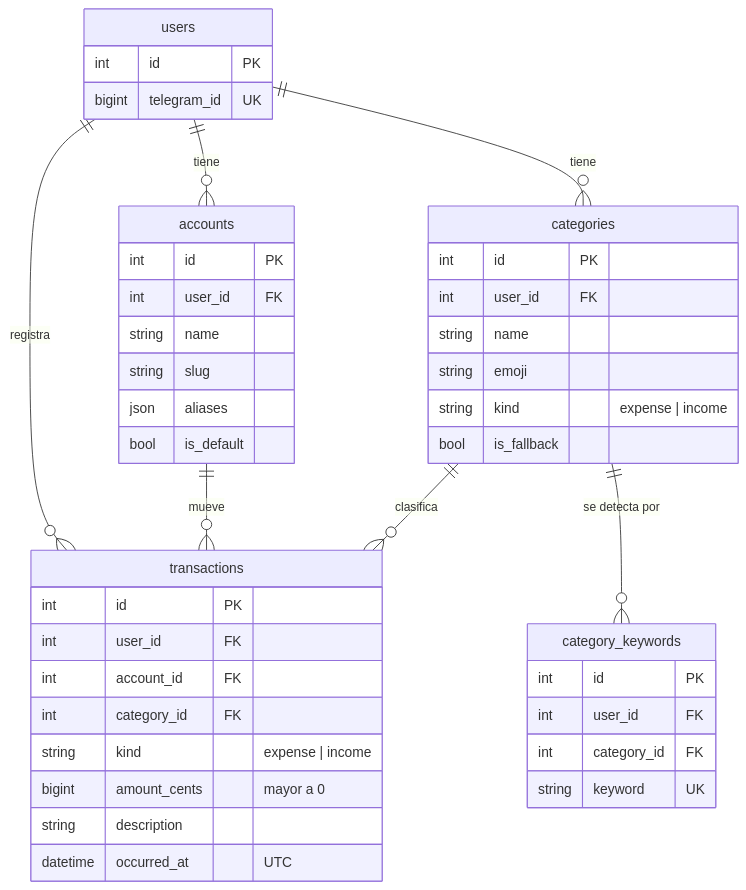
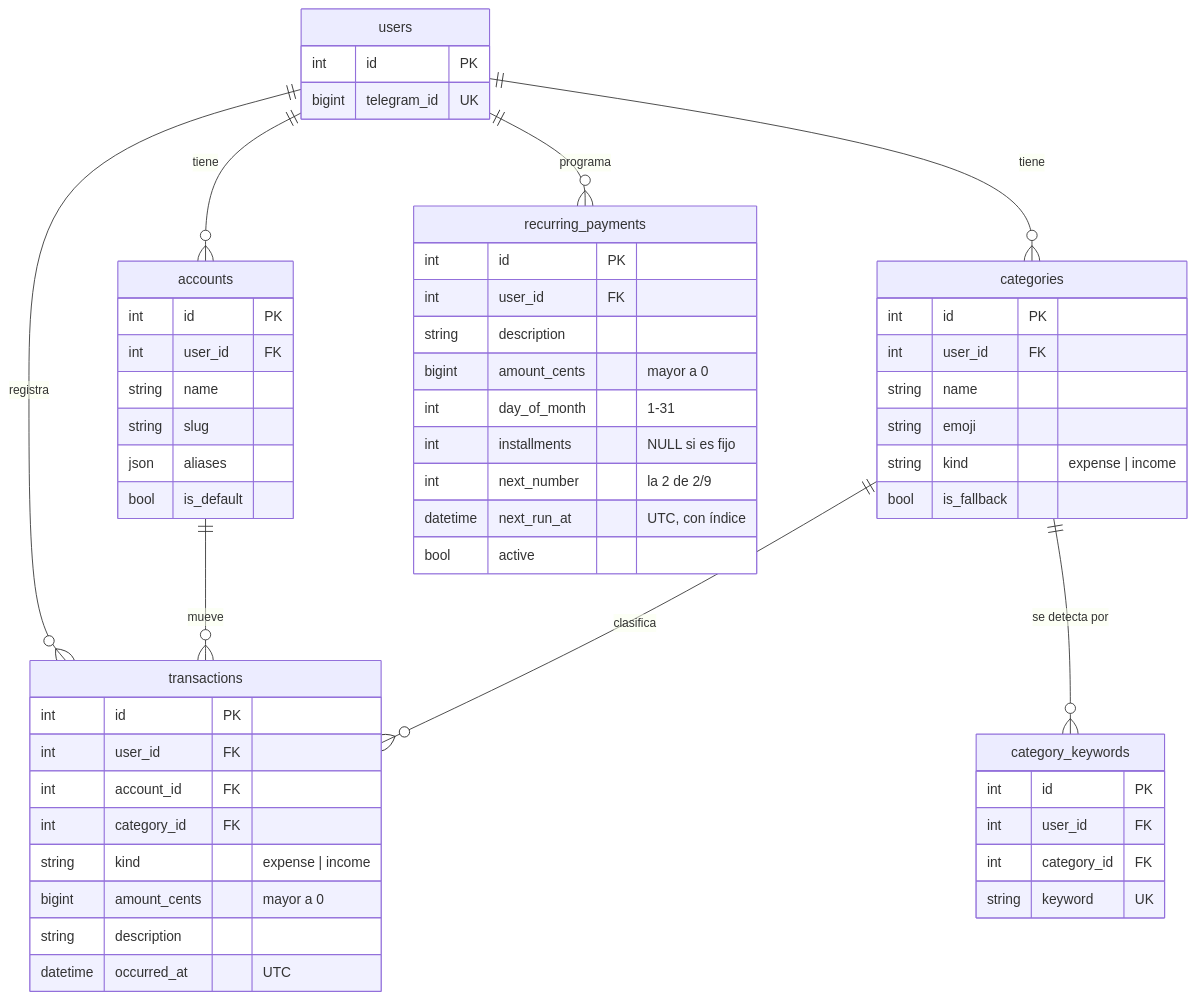
One commit to leocaimmi/Bot-Assistant- changed the third of 4 diagrams in docs/ARCHITECTURE.md. Above: the diagram before and after it, drawn with Mermaid. The commit also changed other lines of this file and 1 other file, not shown here.

Commit message:
docs: add installments, fixed payments and the scheduler to the plan

````diff
--- a/docs/ARCHITECTURE.md
+++ b/docs/ARCHITECTURE.md
@@ -123,46 +128,58 @@
 ```mermaid
 erDiagram
     users ||--o{ accounts : tiene
     users ||--o{ categories : tiene
     users ||--o{ transactions : registra
     categories ||--o{ category_keywords : "se detecta por"
     accounts ||--o{ transactions : mueve
     categories ||--o{ transactions : clasifica
+    users ||--o{ recurring_payments : programa
 
     users {
         int id PK
         bigint telegram_id UK
     }
     accounts {
         int id PK
         int user_id FK
         string name
         string slug
         json aliases
         bool is_default
     }
     categories {
         int id PK
         int user_id FK
         string name
         string emoji
         string kind "expense | income"
         bool is_fallback
     }
     category_keywords {
         int id PK
         int user_id FK
         int category_id FK
         string keyword UK
     }
+    recurring_payments {
+        int id PK
+        int user_id FK
+        string description
+        bigint amount_cents "mayor a 0"
+        int day_of_month "1-31"
+        int installments "NULL si es fijo"
+        int next_number "la 2 de 2/9"
+        datetime next_run_at "UTC, con índice"
+        bool active
+    }
     transactions {
         int id PK
         int user_id FK
         int account_id FK
         int category_id FK
         string kind "expense | income"
         bigint amount_cents "mayor a 0"
         string description
         datetime occurred_at "UTC"
     }
 ```
````
